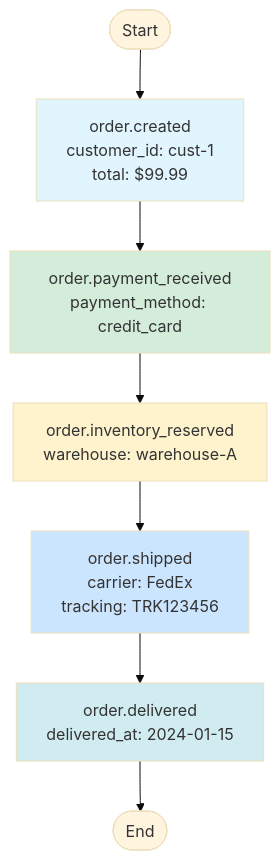
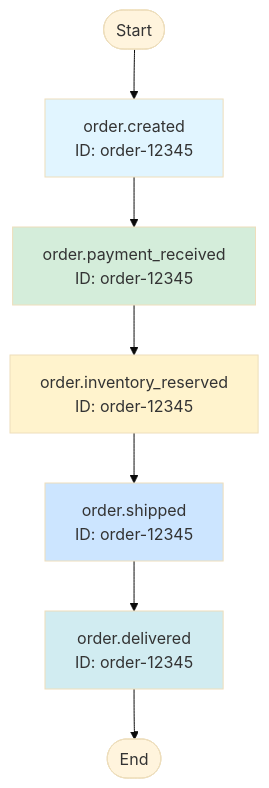
Before and after one commit to muppy-life/eventual: the diagram in README.md, drawn with Mermaid (base theme). The commit also changed other lines of this file and 3 other files, not shown here.

First line of the commit message:
Include aggregate_id and ordering criteria in flowchart diagrams

````diff
--- a/README.md
+++ b/README.md
@@ -122,23 +122,24 @@
 ```mermaid
 flowchart TD
+    %% Events ordered by: sequence_number
     Start([Start])
-    E1[order.created<br/>customer_id: cust-1<br/>total: $99.99]
-    E2[order.payment_received<br/>payment_method: credit_card]
-    E3[order.inventory_reserved<br/>warehouse: warehouse-A]
-    E4[order.shipped<br/>carrier: FedEx<br/>tracking: TRK123456]
-    E5[order.delivered<br/>delivered_at: 2024-01-15]
+    E0[order.created<br/>ID: order-12345]
+    E1[order.payment_received<br/>ID: order-12345]
+    E2[order.inventory_reserved<br/>ID: order-12345]
+    E3[order.shipped<br/>ID: order-12345]
+    E4[order.delivered<br/>ID: order-12345]
     End([End])
 
-    Start --> E1
+    Start --> E0
+    E0 --> E1
     E1 --> E2
     E2 --> E3
     E3 --> E4
-    E4 --> E5
-    E5 --> End
+    E4 --> End
 
-    style E1 fill:#e1f5ff
-    style E2 fill:#d4edda
-    style E3 fill:#fff3cd
-    style E4 fill:#cce5ff
-    style E5 fill:#d1ecf1
+    style E0 fill:#e1f5ff
+    style E1 fill:#d4edda
+    style E2 fill:#fff3cd
+    style E3 fill:#cce5ff
+    style E4 fill:#d1ecf1
 ```
````
